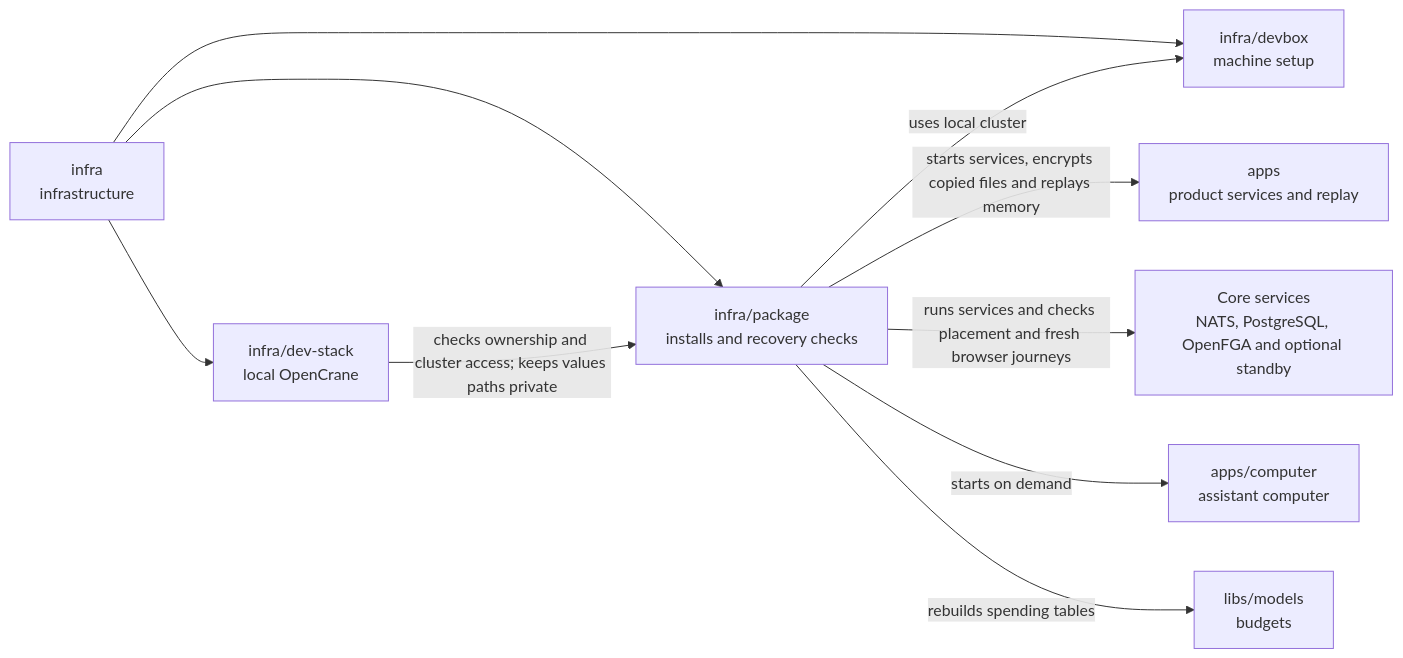
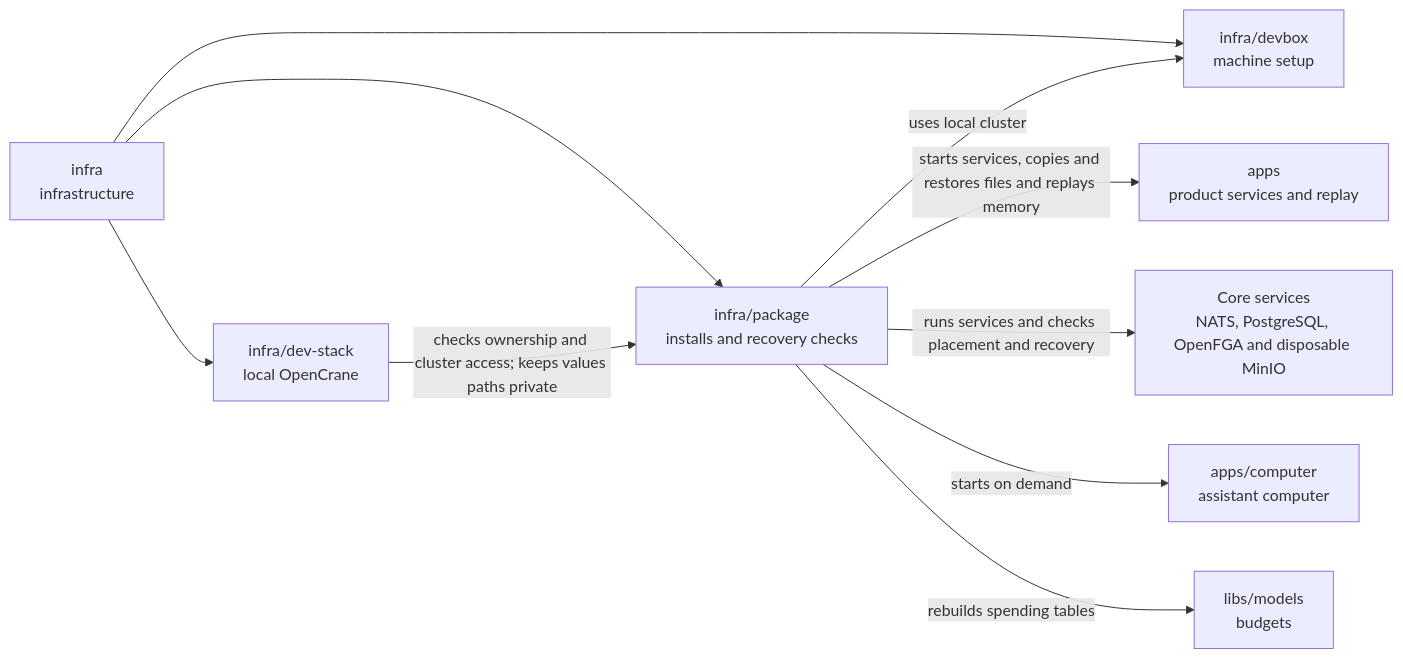
One commit to elewa-git/opencrane-new changed the diagram in infra/package/README.md. Above: the diagram before and after it, drawn with Mermaid. The commit also changed other lines of this file and 15 other files, not shown here.

````diff
--- a/infra/package/README.md
+++ b/infra/package/README.md
@@ -19,12 +19,12 @@
 ```mermaid
 flowchart LR
   infra["infra<br/>infrastructure"] --> package["infra/package<br/>installs and recovery checks"]
   infra --> stack["infra/dev-stack<br/>local OpenCrane"]
   infra --> devbox["infra/devbox<br/>machine setup"]
   stack -->|checks ownership and cluster access; keeps values paths private| package
   package -->|uses local cluster| devbox
-  package -->|starts services, encrypts copied files and replays memory| apps["apps<br/>product services and replay"]
-  package -->|runs services and checks placement and fresh browser journeys| services["Core services<br/>NATS, PostgreSQL, OpenFGA and optional standby"]
+  package -->|starts services, copies and restores files and replays memory| apps["apps<br/>product services and replay"]
+  package -->|runs services and checks placement and recovery| services["Core services<br/>NATS, PostgreSQL, OpenFGA and disposable MinIO"]
   package -->|starts on demand| computer["apps/computer<br/>assistant computer"]
   package -->|rebuilds spending tables| models["libs/models<br/>budgets"]
 ```
````
